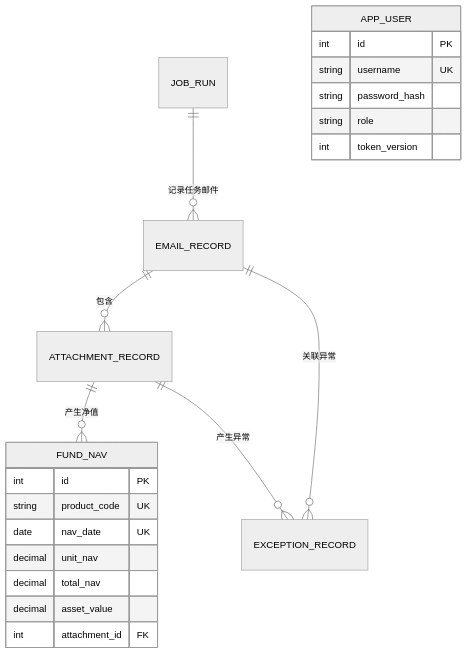
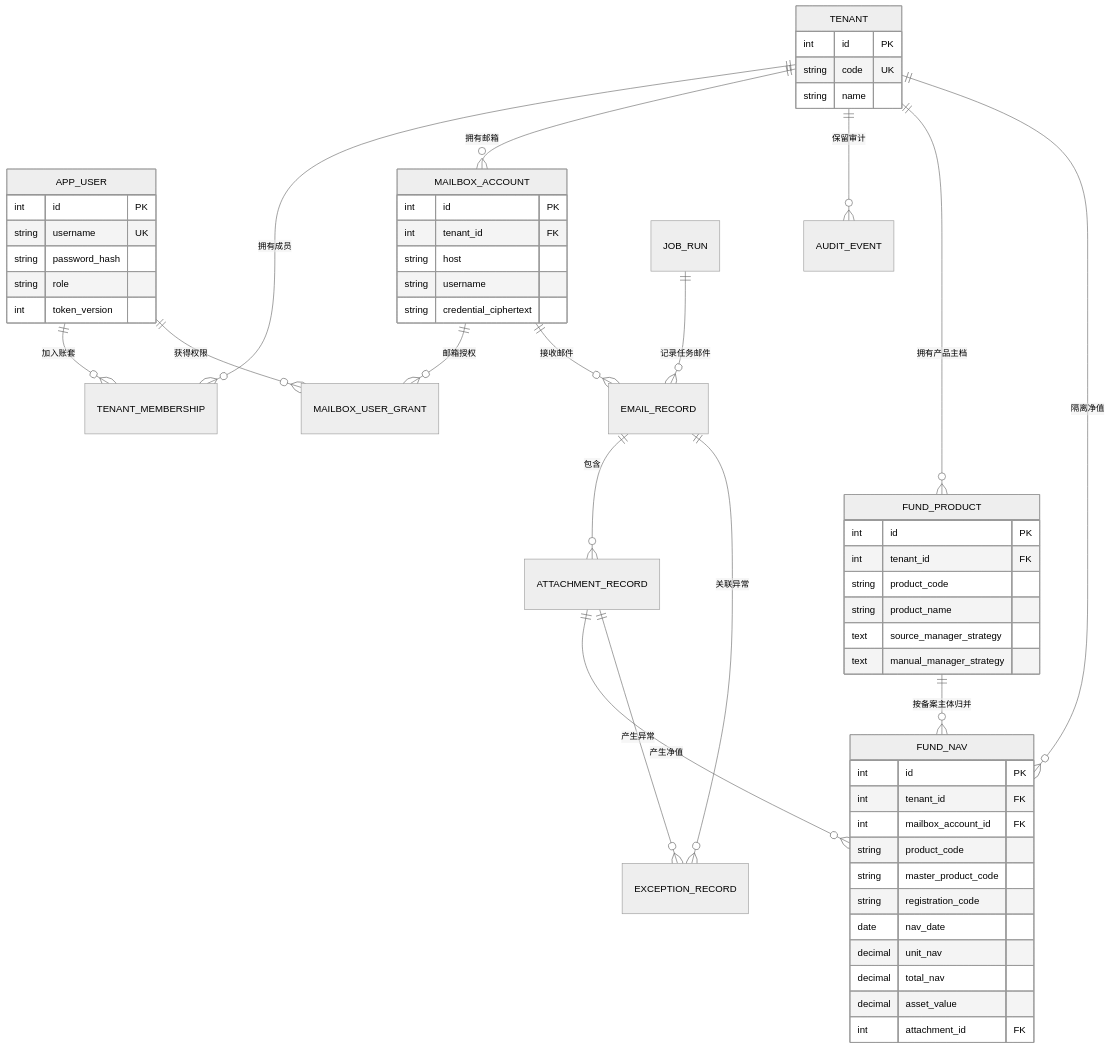
Before and after one commit to 720520/Email: the third of 4 diagrams in README.md, drawn with Mermaid (neutral theme). The commit also changed other lines of this file and 106 other files, not shown here.

Commit message:
feat: add multi-tenant mailbox and fund product management

````diff
--- a/README.md
+++ b/README.md
@@ -979,25 +1176,59 @@
 ```mermaid
 erDiagram
+    TENANT ||--o{ TENANT_MEMBERSHIP : "拥有成员"
+    APP_USER ||--o{ TENANT_MEMBERSHIP : "加入账套"
+    TENANT ||--o{ MAILBOX_ACCOUNT : "拥有邮箱"
+    MAILBOX_ACCOUNT ||--o{ MAILBOX_USER_GRANT : "邮箱授权"
+    APP_USER ||--o{ MAILBOX_USER_GRANT : "获得权限"
+    TENANT ||--o{ AUDIT_EVENT : "保留审计"
+    TENANT ||--o{ FUND_PRODUCT : "拥有产品主档"
+    TENANT ||--o{ FUND_NAV : "隔离净值"
+    FUND_PRODUCT ||--o{ FUND_NAV : "按备案主体归并"
+    MAILBOX_ACCOUNT ||--o{ EMAIL_RECORD : "接收邮件"
     JOB_RUN ||--o{ EMAIL_RECORD : "记录任务邮件"
     EMAIL_RECORD ||--o{ ATTACHMENT_RECORD : "包含"
     EMAIL_RECORD ||--o{ EXCEPTION_RECORD : "关联异常"
     ATTACHMENT_RECORD ||--o{ FUND_NAV : "产生净值"
     ATTACHMENT_RECORD ||--o{ EXCEPTION_RECORD : "产生异常"
 
     APP_USER {
         int id PK
         string username UK
         string password_hash
         string role
         int token_version
     }
+    TENANT {
+        int id PK
+        string code UK
+        string name
+    }
+    MAILBOX_ACCOUNT {
+        int id PK
+        int tenant_id FK
+        string host
+        string username
+        string credential_ciphertext
+    }
     FUND_NAV {
         int id PK
-        string product_code UK
-        date nav_date UK
+        int tenant_id FK
+        int mailbox_account_id FK
+        string product_code
+        string master_product_code
+        string registration_code
+        date nav_date
         decimal unit_nav
         decimal total_nav
         decimal asset_value
         int attachment_id FK
     }
+    FUND_PRODUCT {
+        int id PK
+        int tenant_id FK
+        string product_code
+        string product_name
+        text source_manager_strategy
+        text manual_manager_strategy
+    }
 ```
````
